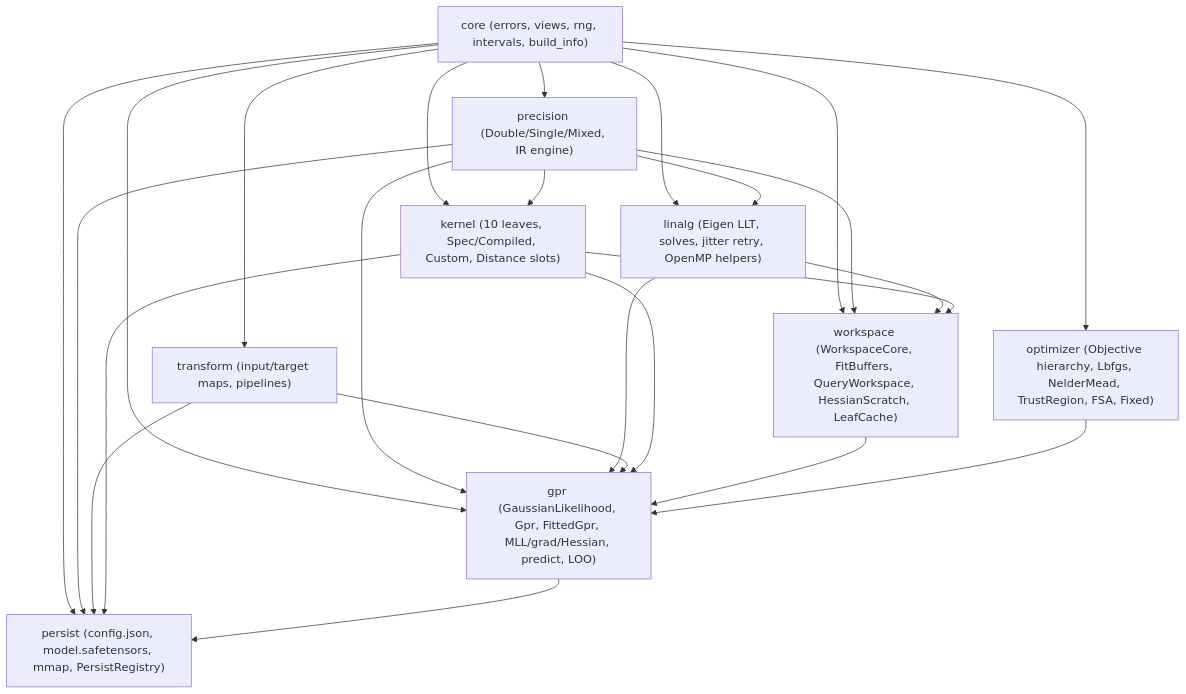
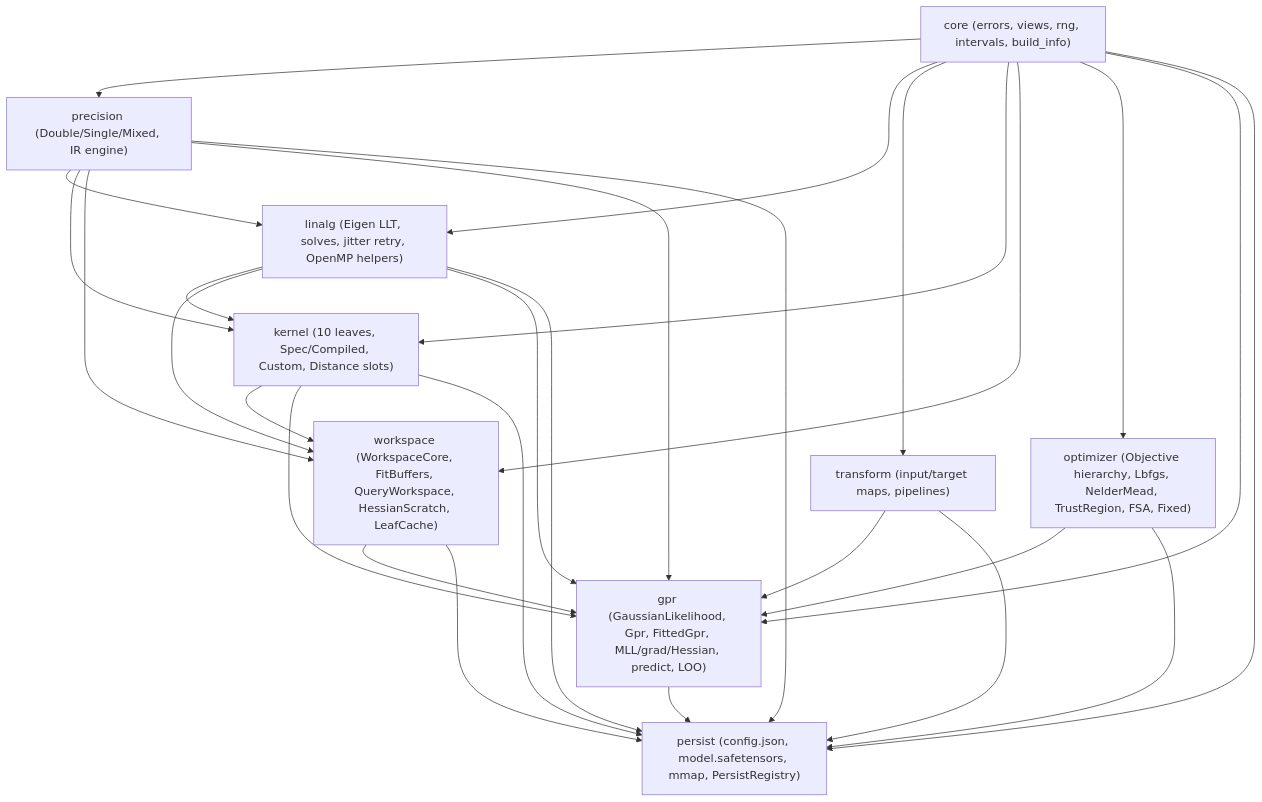
The diagram in docs/architecture.md (YUKIKEDA/cxxgpr), drawn with Mermaid before and after one commit. The commit also changed other lines of this file and 6 other files, not shown here.

Commit message:
fix(docs): resolve PR #3 review findings on skills, architecture, and specs

````diff
--- a/docs/architecture.md
+++ b/docs/architecture.md
@@ -7,36 +7,40 @@
 ```mermaid
 flowchart TB
   CORE["core (errors, views, rng, intervals, build_info)"]
   PREC["precision (Double/Single/Mixed, IR engine)"]
   LIN["linalg (Eigen LLT, solves, jitter retry, OpenMP helpers)"]
   XFM["transform (input/target maps, pipelines)"]
   KERN["kernel (10 leaves, Spec/Compiled, Custom, Distance slots)"]
   WS["workspace (WorkspaceCore, FitBuffers, QueryWorkspace, HessianScratch, LeafCache)"]
   OPT["optimizer (Objective hierarchy, Lbfgs, NelderMead, TrustRegion, FSA, Fixed)"]
   GPR["gpr (GaussianLikelihood, Gpr, FittedGpr, MLL/grad/Hessian, predict, LOO)"]
   PER["persist (config.json, model.safetensors, mmap, PersistRegistry)"]
 
   CORE --> PREC
   CORE --> LIN
   PREC --> LIN
   CORE --> XFM
   CORE --> KERN
   PREC --> KERN
+  LIN --> KERN
   CORE --> WS
   PREC --> WS
   LIN --> WS
   KERN --> WS
   CORE --> OPT
   CORE --> GPR
   PREC --> GPR
   LIN --> GPR
   XFM --> GPR
   KERN --> GPR
   WS --> GPR
   OPT --> GPR
   CORE --> PER
   PREC --> PER
+  LIN --> PER
   XFM --> PER
   KERN --> PER
+  WS --> PER
+  OPT --> PER
   GPR --> PER
 ```
````
